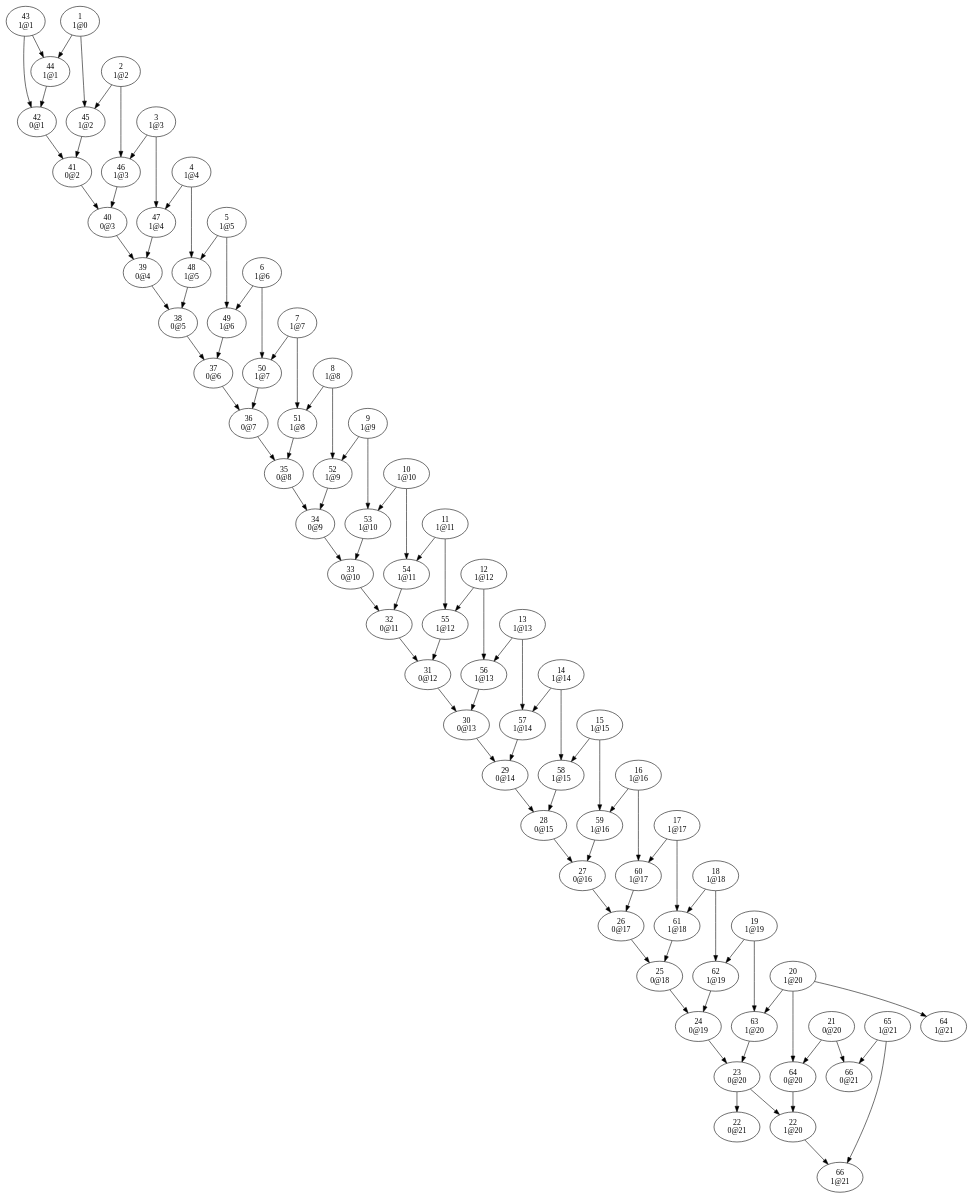
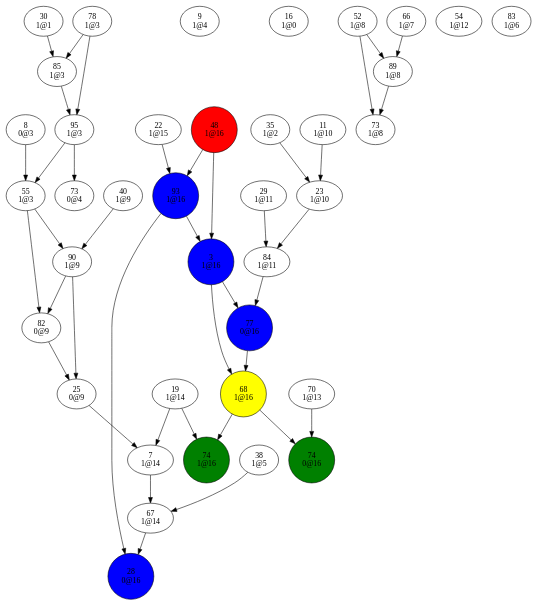
The diagram in dev/bin/conflictGraph2.dot (Oxmose/SATSolver), drawn with Graphviz before and after one commit. The commit also changed 28 other files, not shown here.

```diff
--- a/dev/bin/conflictGraph2.dot
+++ b/dev/bin/conflictGraph2.dot
@@ -1,276 +1,151 @@
 digraph {
-"1
-1@0"->"44
-1@1";
-"1
-1@0"->"45
-1@2";
-"2
-1@2"->"45
-1@2";
-"2
-1@2"->"46
+"3
+1@16"->"68
+1@16";
+"3
+1@16"->"77
+0@16";
+"7
+1@14"->"67
+1@14";
+"8
+0@3"->"55
 1@3";
-"3
-1@3"->"46
-1@3";
-"3
-1@3"->"47
+"9
 1@4";
-"4
-1@4"->"47
-1@4";
-"4
-1@4"->"48
-1@5";
-"5
-1@5"->"48
-1@5";
-"5
-1@5"->"49
-1@6";
-"6
-1@6"->"49
-1@6";
-"6
-1@6"->"50
-1@7";
-"7
-1@7"->"50
-1@7";
-"7
-1@7"->"51
-1@8";
-"8
-1@8"->"51
-1@8";
-"8
-1@8"->"52
-1@9";
-"9
-1@9"->"52
-1@9";
-"9
-1@9"->"53
+"11
+1@10"->"23
 1@10";
-"10
-1@10"->"53
-1@10";
-"10
-1@10"->"54
+"16
+1@0";
+"19
+1@14"->"7
+1@14";
+"19
+1@14"->"74
+1@16";
+"22
+1@15"->"93
+1@16";
+"23
+1@10"->"84
 1@11";
-"11
-1@11"->"54
-1@11";
-"11
-1@11"->"55
-1@12";
-"12
-1@12"->"55
-1@12";
-"12
-1@12"->"56
-1@13";
-"13
-1@13"->"56
-1@13";
-"13
-1@13"->"57
+"25
+0@9"->"7
 1@14";
-"14
-1@14"->"57
-1@14";
-"14
-1@14"->"58
-1@15";
-"15
-1@15"->"58
-1@15";
-"15
-1@15"->"59
-1@16";
-"16
-1@16"->"59
-1@16";
-"16
-1@16"->"60
-1@17";
-"17
-1@17"->"60
-1@17";
-"17
-1@17"->"61
-1@18";
-"18
-1@18"->"61
-1@18";
-"18
-1@18"->"62
-1@19";
-"19
-1@19"->"62
-1@19";
-"19
-1@19"->"63
-1@20";
-"20
-1@20"->"63
-1@20";
-"20
-1@20"->"64
-0@20";
-"20
-1@20"->"64
-1@21";
-"21
-0@20"->"64
-0@20";
-"21
-0@20"->"66
-0@21";
-"22
-1@20"->"66
-1@21";
-"23
-0@20"->"22
-0@21";
-"23
-0@20"->"22
-1@20";
-"24
-0@19"->"23
-0@20";
-"25
-0@18"->"24
-0@19";
-"26
-0@17"->"25
-0@18";
-"27
-0@16"->"26
-0@17";
 "28
-0@15"->"27
 0@16";
 "29
-0@14"->"28
-0@15";
+1@11"->"84
+1@11";
 "30
-0@13"->"29
-0@14";
-"31
-0@12"->"30
-0@13";
-"32
-0@11"->"31
-0@12";
-"33
-0@10"->"32
-0@11";
-"34
-0@9"->"33
-0@10";
+1@1"->"85
+1@3";
 "35
-0@8"->"34
+1@2"->"23
+1@10";
+"38
+1@5"->"67
+1@14";
+"40
+1@9"->"90
+1@9";
+"48
+1@16"->"3
+1@16";
+"48
+1@16"->"93
+1@16";
+"52
+1@8"->"73
+1@8";
+"52
+1@8"->"89
+1@8";
+"54
+1@12";
+"55
+1@3"->"82
 0@9";
-"36
-0@7"->"35
-0@8";
-"37
-0@6"->"36
-0@7";
-"38
-0@5"->"37
-0@6";
-"39
-0@4"->"38
-0@5";
-"40
-0@3"->"39
+"55
+1@3"->"90
+1@9";
+"66
+1@7"->"89
+1@8";
+"67
+1@14"->"28
+0@16";
+"68
+1@16"->"74
+0@16";
+"68
+1@16"->"74
+1@16";
+"70
+1@13"->"74
+0@16";
+"73
+1@8";
+"74
+0@16";
+"74
+1@16";
+"77
+0@16"->"68
+1@16";
+"78
+1@3"->"85
+1@3";
+"78
+1@3"->"95
+1@3";
+"82
+0@9"->"25
+0@9";
+"83
+1@6";
+"84
+1@11"->"77
+0@16";
+"85
+1@3"->"95
+1@3";
+"89
+1@8"->"73
+1@8";
+"90
+1@9"->"25
+0@9";
+"90
+1@9"->"82
+0@9";
+"93
+1@16"->"3
+1@16";
+"93
+1@16"->"28
+0@16";
+"95
+1@3"->"55
+1@3";
+"95
+1@3"->"73
 0@4";
-"41
-0@2"->"40
-0@3";
-"42
-0@1"->"41
-0@2";
-"43
-1@1"->"42
-0@1";
-"43
-1@1"->"44
-1@1";
-"44
-1@1"->"42
-0@1";
-"45
-1@2"->"41
-0@2";
-"46
-1@3"->"40
-0@3";
-"47
-1@4"->"39
-0@4";
+"3
+1@16"[shape=circle, style=filled, fillcolor=blue];
+"28
+0@16"[shape=circle, style=filled, fillcolor=blue];
 "48
-1@5"->"38
-0@5";
-"49
-1@6"->"37
-0@6";
-"50
-1@7"->"36
-0@7";
-"51
-1@8"->"35
-0@8";
-"52
-1@9"->"34
-0@9";
-"53
-1@10"->"33
-0@10";
-"54
-1@11"->"32
-0@11";
-"55
-1@12"->"31
-0@12";
-"56
-1@13"->"30
-0@13";
-"57
-1@14"->"29
-0@14";
-"58
-1@15"->"28
-0@15";
-"59
-1@16"->"27
-0@16";
-"60
-1@17"->"26
-0@17";
-"61
-1@18"->"25
-0@18";
-"62
-1@19"->"24
-0@19";
-"63
-1@20"->"23
-0@20";
-"64
-0@20"->"22
-1@20";
-"65
-1@21"->"66
-0@21";
-"65
-1@21"->"66
-1@21";
-"66
-0@21";
-"66
-1@21";
+1@16"[shape=circle, style=filled, fillcolor=red];
+"68
+1@16"[shape=circle, style=filled, fillcolor=yellow];
+"74
+0@16"[shape=circle, style=filled, fillcolor=green];
+"74
+1@16"[shape=circle, style=filled, fillcolor=green];
+"77
+0@16"[shape=circle, style=filled, fillcolor=blue];
+"93
+1@16"[shape=circle, style=filled, fillcolor=blue];
 }
```
